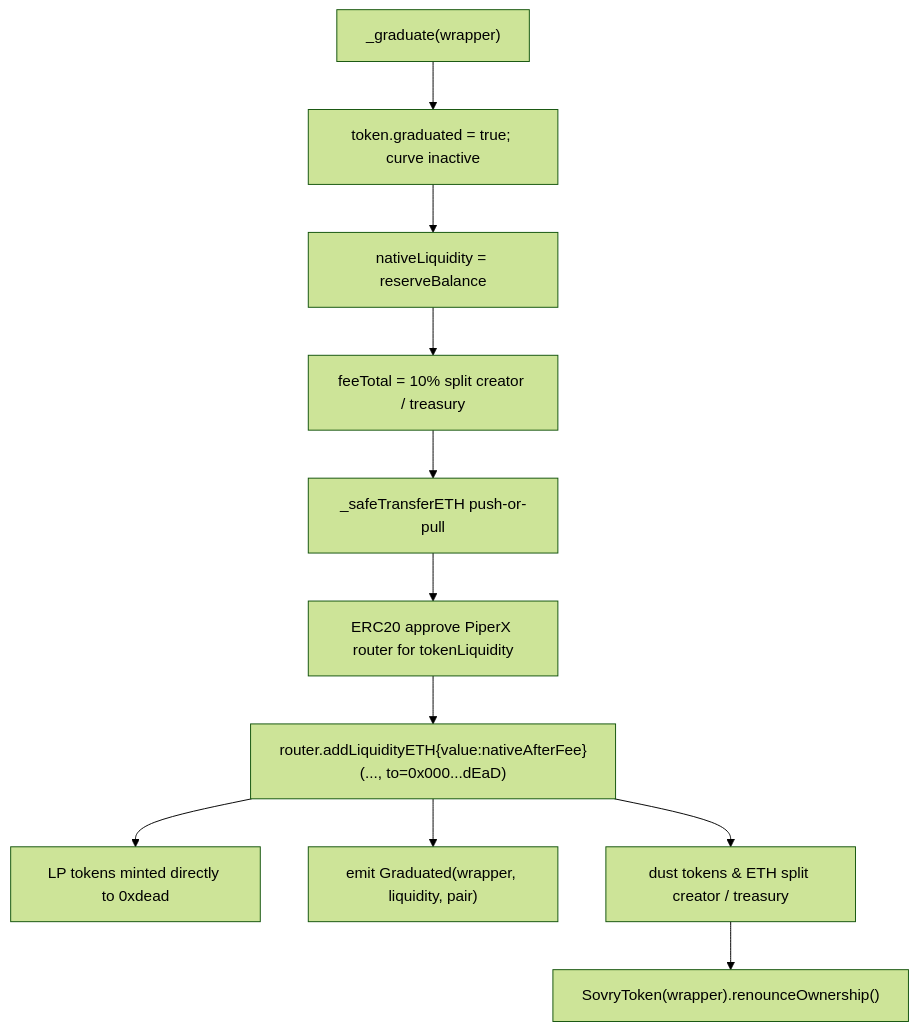
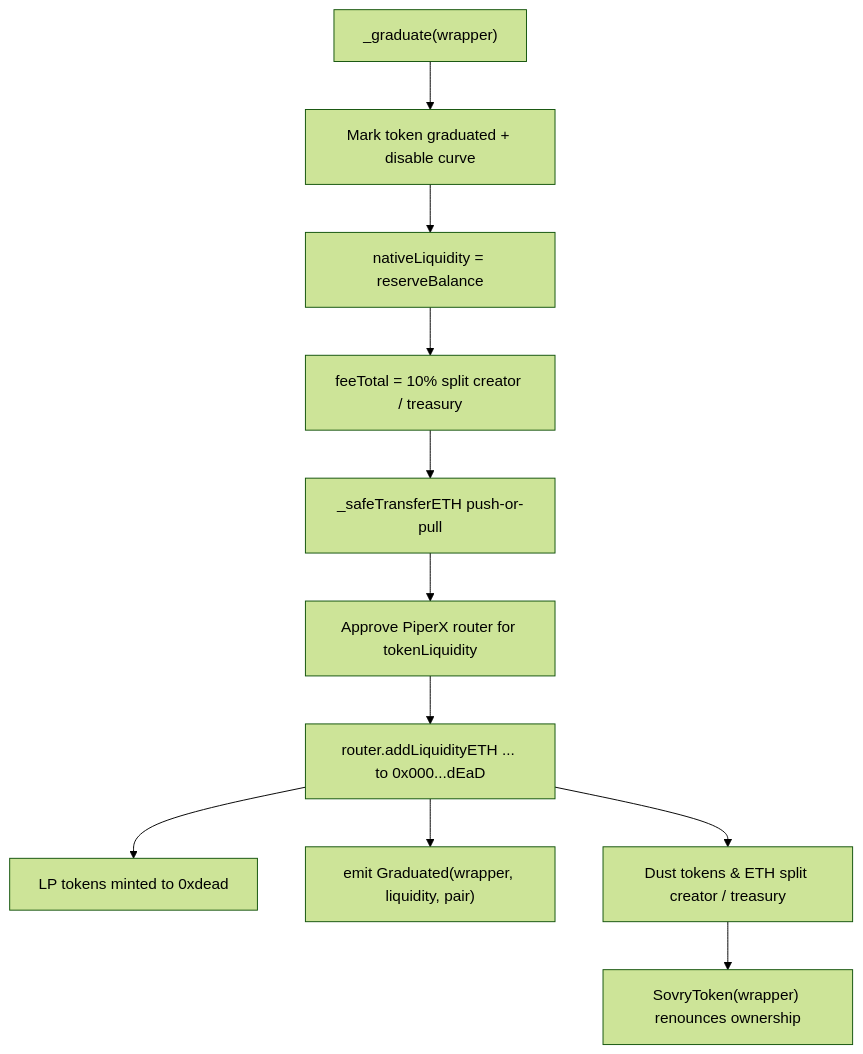
One commit to E1eng/Sovry changed the sixth of 7 diagrams in docs/contracts-flow.md. Above: the diagram before and after it, drawn with Mermaid (forest theme). The commit also changed other lines of this file, not shown here.

````diff
--- a/docs/contracts-flow.md
+++ b/docs/contracts-flow.md
@@ -81,13 +91,13 @@
 ```mermaid
 graph TD;
-    GRAD["_graduate(wrapper)"] --> FLAG["token.graduated = true; curve inactive"];
+    GRAD["_graduate(wrapper)"] --> FLAG["Mark token graduated + disable curve"];
     FLAG --> NAT["nativeLiquidity = reserveBalance"];
     NAT --> FEES["feeTotal = 10% split creator / treasury"];
     FEES --> PAY["_safeTransferETH push-or-pull"];
-    PAY --> APPR["ERC20 approve PiperX router for tokenLiquidity"];
-    APPR --> ADD["router.addLiquidityETH{value:nativeAfterFee}(..., to=0x000...dEaD)"];
-    ADD --> LP["LP tokens minted directly to 0xdead"];
+    PAY --> APPR["Approve PiperX router for tokenLiquidity"];
+    APPR --> ADD["router.addLiquidityETH ... to 0x000...dEaD"];
+    ADD --> LP["LP tokens minted to 0xdead"];
     ADD --> EVT["emit Graduated(wrapper, liquidity, pair)"];
-    ADD --> DUST["dust tokens & ETH split creator / treasury"];
-    DUST --> REN["SovryToken(wrapper).renounceOwnership()"];
+    ADD --> DUST["Dust tokens & ETH split creator / treasury"];
+    DUST --> REN["SovryToken(wrapper) renounces ownership"];
 ```
````
